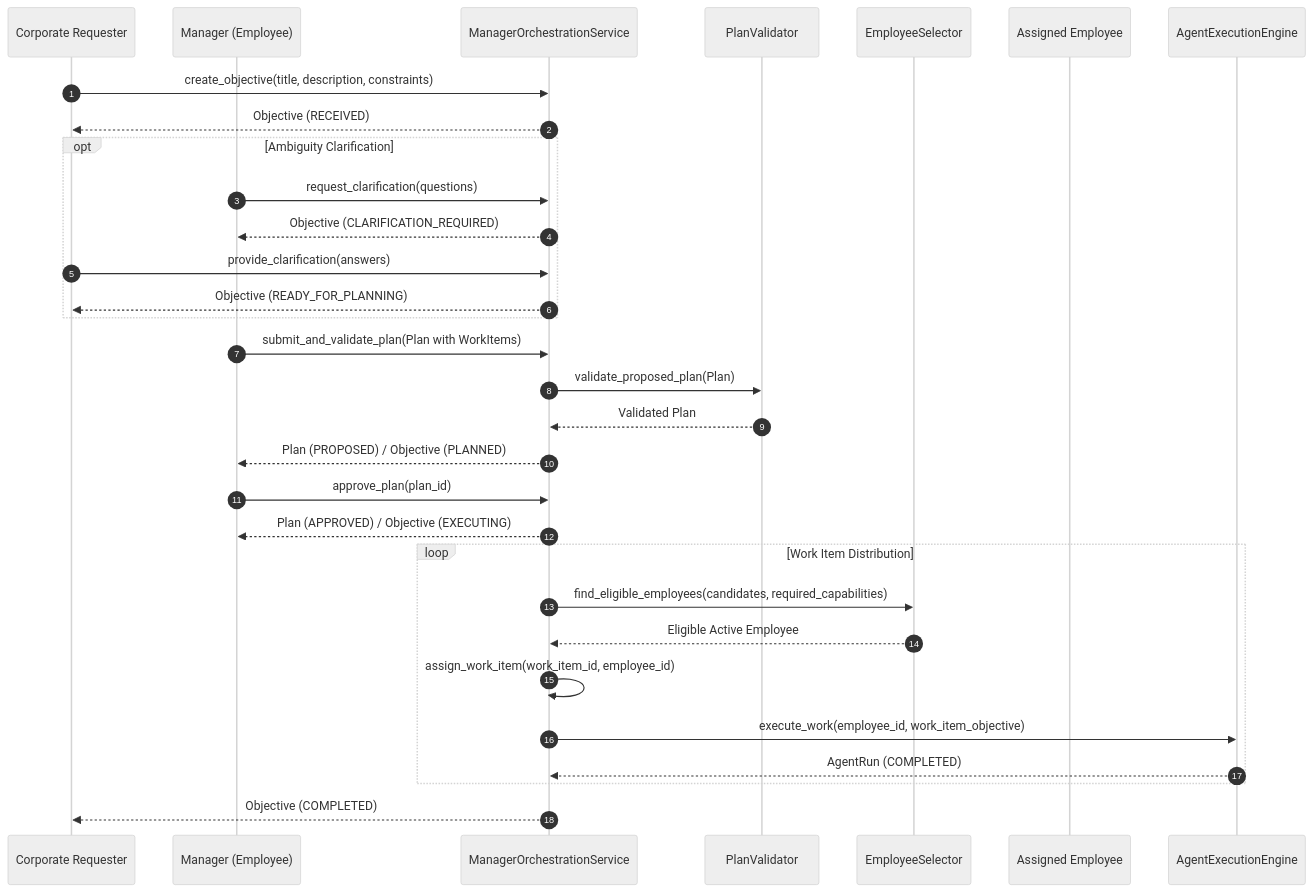
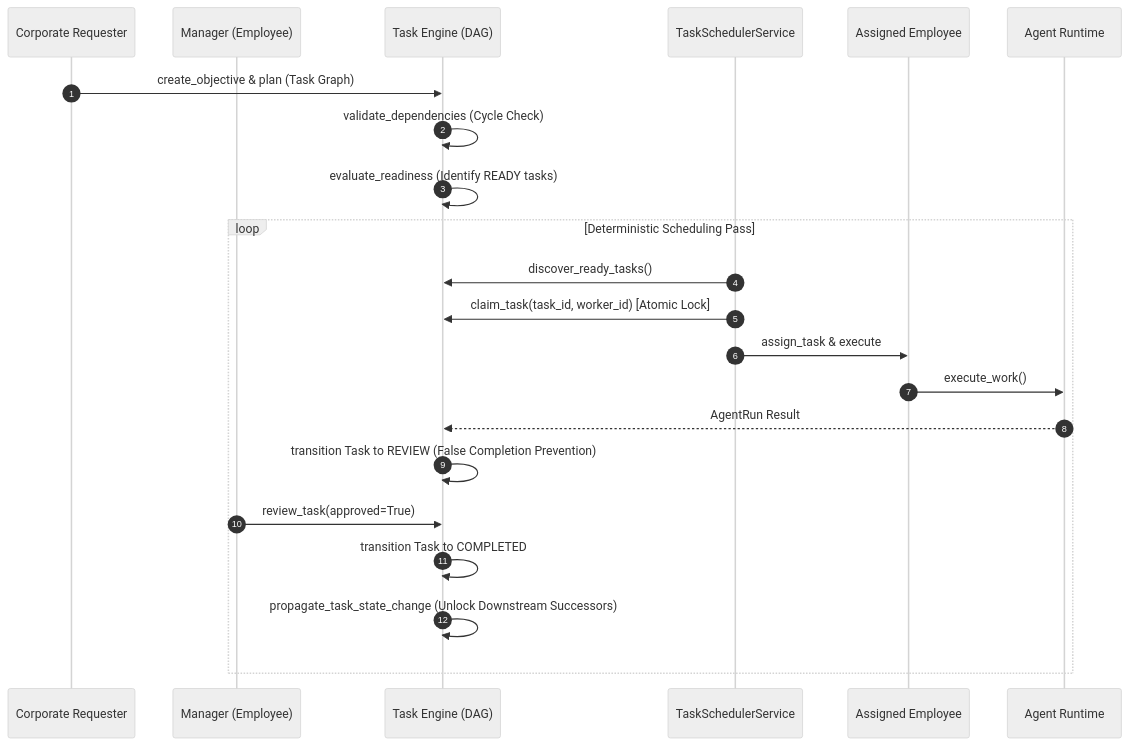
The second of 2 diagrams in docs/architecture.md (HarshadSelokar/Autonomous-Agency), drawn with Mermaid (neutral theme) before and after one commit. The commit also changed other lines of this file and 1 other file, not shown here.

Commit message:
docs(task): document Task Engine architecture

````diff
--- a/docs/architecture.md
+++ b/docs/architecture.md
@@ -42,39 +44,26 @@
 ```mermaid
 sequenceDiagram
     autonumber
     participant CEO as Corporate Requester
     participant Mgr as Manager (Employee)
-    participant Service as ManagerOrchestrationService
-    participant Validator as PlanValidator
-    participant Selector as EmployeeSelector
+    participant Engine as Task Engine (DAG)
+    participant Scheduler as TaskSchedulerService
     participant Emp as Assigned Employee
-    participant Engine as AgentExecutionEngine
+    participant Runtime as Agent Runtime
 
-    CEO->>Service: create_objective(title, description, constraints)
-    Service-->>CEO: Objective (RECEIVED)
+    CEO->>Engine: create_objective & plan (Task Graph)
+    Engine->>Engine: validate_dependencies (Cycle Check)
+    Engine->>Engine: evaluate_readiness (Identify READY tasks)
     
-    opt Ambiguity Clarification
-        Mgr->>Service: request_clarification(questions)
-        Service-->>Mgr: Objective (CLARIFICATION_REQUIRED)
-        CEO->>Service: provide_clarification(answers)
-        Service-->>CEO: Objective (READY_FOR_PLANNING)
+    loop Deterministic Scheduling Pass
+        Scheduler->>Engine: discover_ready_tasks()
+        Scheduler->>Engine: claim_task(task_id, worker_id) [Atomic Lock]
+        Scheduler->>Emp: assign_task & execute
+        Emp->>Runtime: execute_work()
+        Runtime-->>Engine: AgentRun Result
+        Engine->>Engine: transition Task to REVIEW (False Completion Prevention)
+        Mgr->>Engine: review_task(approved=True)
+        Engine->>Engine: transition Task to COMPLETED
+        Engine->>Engine: propagate_task_state_change (Unlock Downstream Successors)
     end
-
-    Mgr->>Service: submit_and_validate_plan(Plan with WorkItems)
-    Service->>Validator: validate_proposed_plan(Plan)
-    Validator-->>Service: Validated Plan
-    Service-->>Mgr: Plan (PROPOSED) / Objective (PLANNED)
-
-    Mgr->>Service: approve_plan(plan_id)
-    Service-->>Mgr: Plan (APPROVED) / Objective (EXECUTING)
-
-    loop Work Item Distribution
-        Service->>Selector: find_eligible_employees(candidates, required_capabilities)
-        Selector-->>Service: Eligible Active Employee
-        Service->>Service: assign_work_item(work_item_id, employee_id)
-        Service->>Engine: execute_work(employee_id, work_item_objective)
-        Engine-->>Service: AgentRun (COMPLETED)
-    end
-
-    Service-->>CEO: Objective (COMPLETED)
 ```
````
